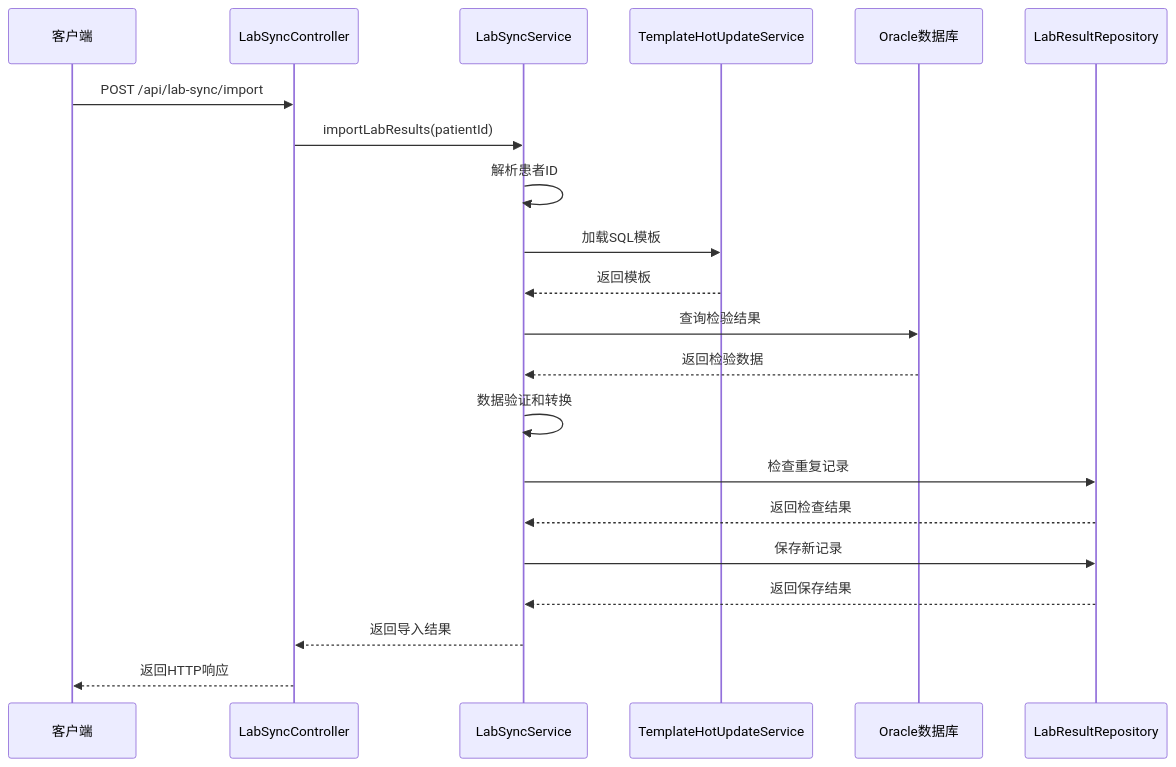
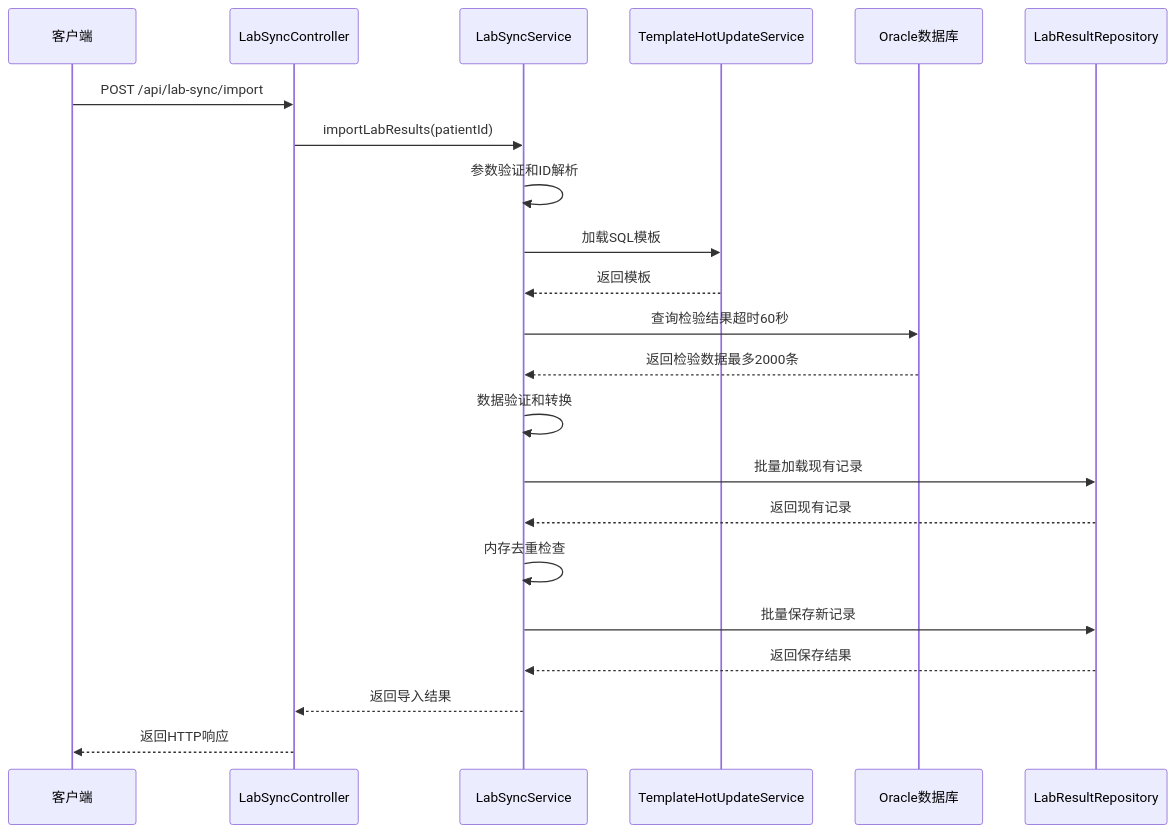
Before and after one commit to liuzh2008/med_ai_assistant_workspace: the fifth of 8 diagrams in .qoder/repowiki/zh/content/Database Operations/数据库同步程序.md, drawn with Mermaid. The commit also changed other lines of this file and 3 other files, not shown here.

````diff
--- a/.qoder/repowiki/zh/content/Database Operations/数据库同步程序.md
+++ b/.qoder/repowiki/zh/content/Database Operations/数据库同步程序.md
@@ -183,23 +194,24 @@
 ```mermaid
 sequenceDiagram
 participant Client as 客户端
 participant Controller as LabSyncController
 participant Service as LabSyncService
 participant Template as TemplateHotUpdateService
 participant Oracle as Oracle数据库
 participant Repository as LabResultRepository
 Client->>Controller : POST /api/lab-sync/import
 Controller->>Service : importLabResults(patientId)
-Service->>Service : 解析患者ID
+Service->>Service : 参数验证和ID解析
 Service->>Template : 加载SQL模板
 Template-->>Service : 返回模板
-Service->>Oracle : 查询检验结果
-Oracle-->>Service : 返回检验数据
+Service->>Oracle : 查询检验结果超时60秒
+Oracle-->>Service : 返回检验数据最多2000条
 Service->>Service : 数据验证和转换
-Service->>Repository : 检查重复记录
-Repository-->>Service : 返回检查结果
-Service->>Repository : 保存新记录
+Service->>Repository : 批量加载现有记录
+Repository-->>Service : 返回现有记录
+Service->>Service : 内存去重检查
+Service->>Repository : 批量保存新记录
 Repository-->>Service : 返回保存结果
 Service-->>Controller : 返回导入结果
 Controller-->>Client : 返回HTTP响应
 ```
````
